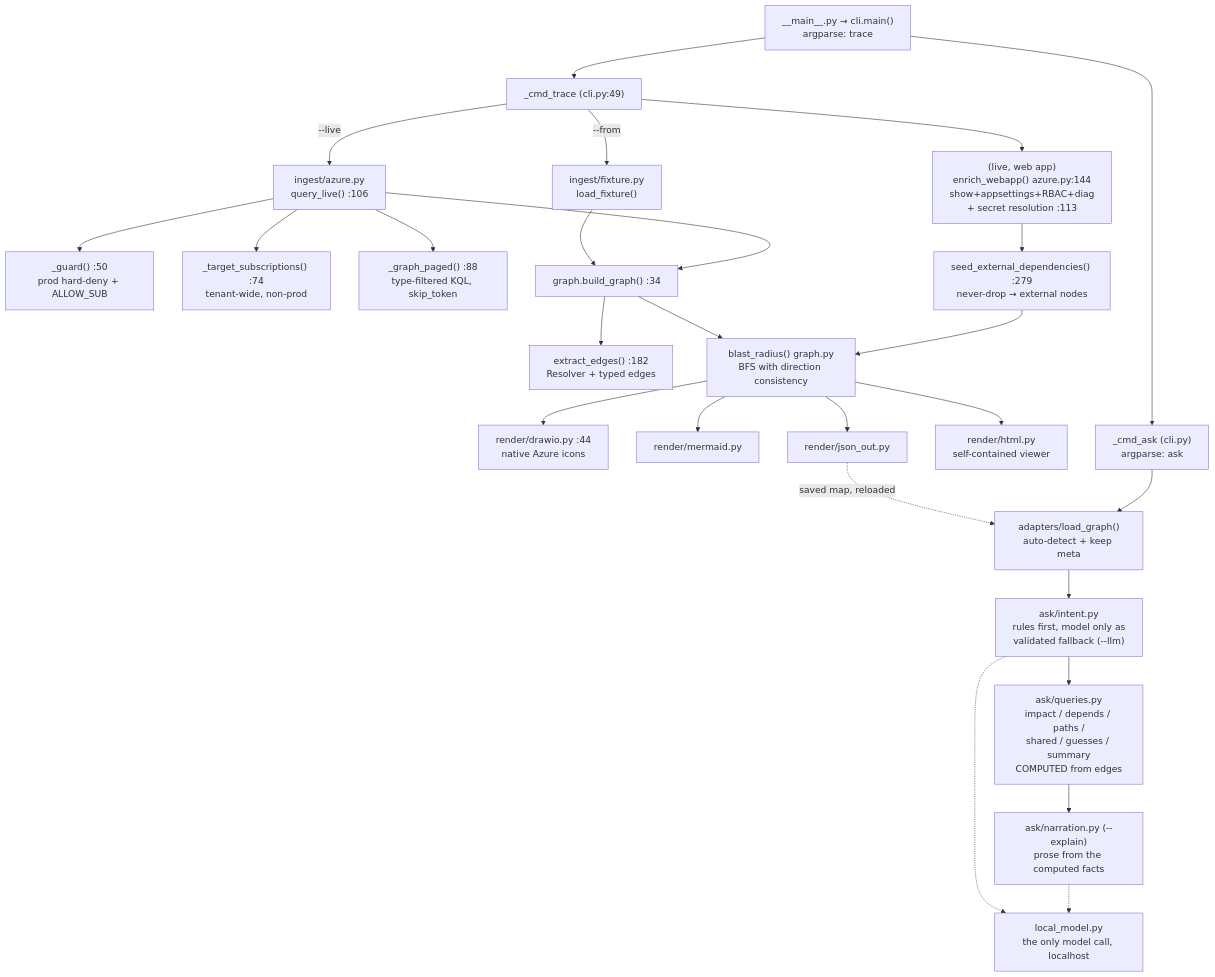
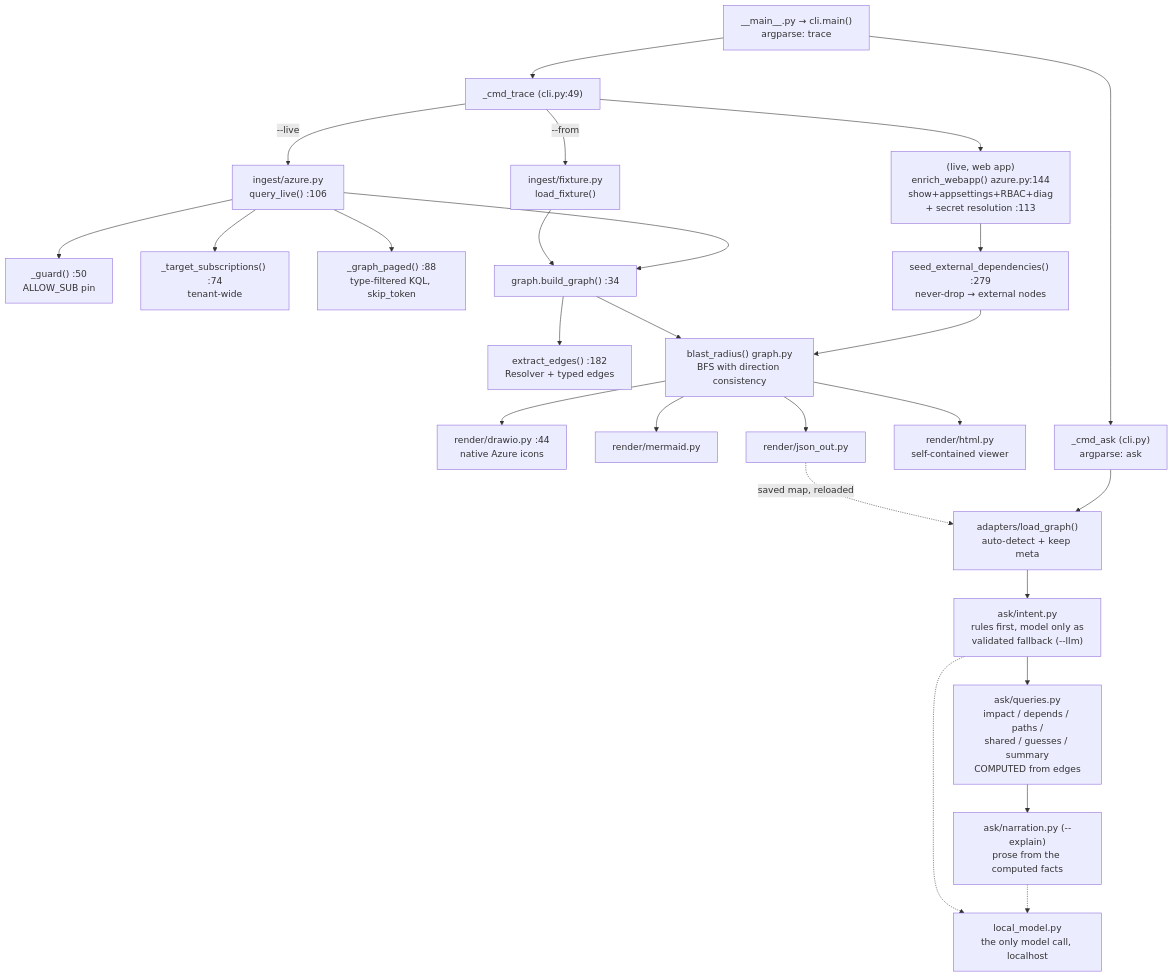
One commit to KatsaounisThanasis/cloudmap changed the diagram in ARCHITECTURE.md. Above: the diagram before and after it, drawn with Mermaid. The commit also changed other lines of this file and 1 other file, not shown here.

Commit message:
docs(architecture): remove stale claims about hardcoded production blocking

````diff
--- a/ARCHITECTURE.md
+++ b/ARCHITECTURE.md
@@ -21,34 +21,34 @@
 ```mermaid
 flowchart TD
     CLI["__main__.py → cli.main()<br/>argparse: trace"] --> TRACE["_cmd_trace (cli.py:49)"]
 
     TRACE -->|"--from"| FIX["ingest/fixture.py<br/>load_fixture()"]
     TRACE -->|"--live"| AZ["ingest/azure.py<br/>query_live() :106"]
 
-    AZ --> GUARD["_guard() :50<br/>prod hard-deny + ALLOW_SUB"]
-    AZ --> SUBS["_target_subscriptions() :74<br/>tenant-wide, non-prod"]
+    AZ --> GUARD["_guard() :50<br/>ALLOW_SUB pin"]
+    AZ --> SUBS["_target_subscriptions() :74<br/>tenant-wide"]
     AZ --> PAGE["_graph_paged() :88<br/>type-filtered KQL, skip_token"]
 
     FIX --> BUILD["graph.build_graph() :34"]
     AZ --> BUILD
     BUILD --> EXTRACT["extract_edges() :182<br/>Resolver + typed edges"]
 
     TRACE --> ENRICH["(live, web app)<br/>enrich_webapp() azure.py:144<br/>show+appsettings+RBAC+diag<br/>+ secret resolution :113"]
     ENRICH --> EXTERNAL["seed_external_dependencies() :279<br/>never-drop → external nodes"]
 
     BUILD --> BLAST["blast_radius() graph.py<br/>BFS with direction consistency"]
     EXTERNAL --> BLAST
     BLAST --> R1["render/drawio.py :44<br/>native Azure icons"]
     BLAST --> R2["render/mermaid.py"]
     BLAST --> R3["render/json_out.py"]
     BLAST --> R4["render/html.py<br/>self-contained viewer"]
 
     CLI --> ASK["_cmd_ask (cli.py)<br/>argparse: ask"]
     R3 -.->|"saved map, reloaded"| LOAD["adapters/load_graph()<br/>auto-detect + keep meta"]
     ASK --> LOAD
     LOAD --> INTENT["ask/intent.py<br/>rules first, model only as<br/>validated fallback (--llm)"]
     INTENT --> Q["ask/queries.py<br/>impact / depends / paths /<br/>shared / guesses / summary<br/>COMPUTED from edges"]
     Q --> NARR["ask/narration.py (--explain)<br/>prose from the computed facts"]
     INTENT -.-> LM["local_model.py<br/>the only model call, localhost"]
     NARR -.-> LM
 ```
````
